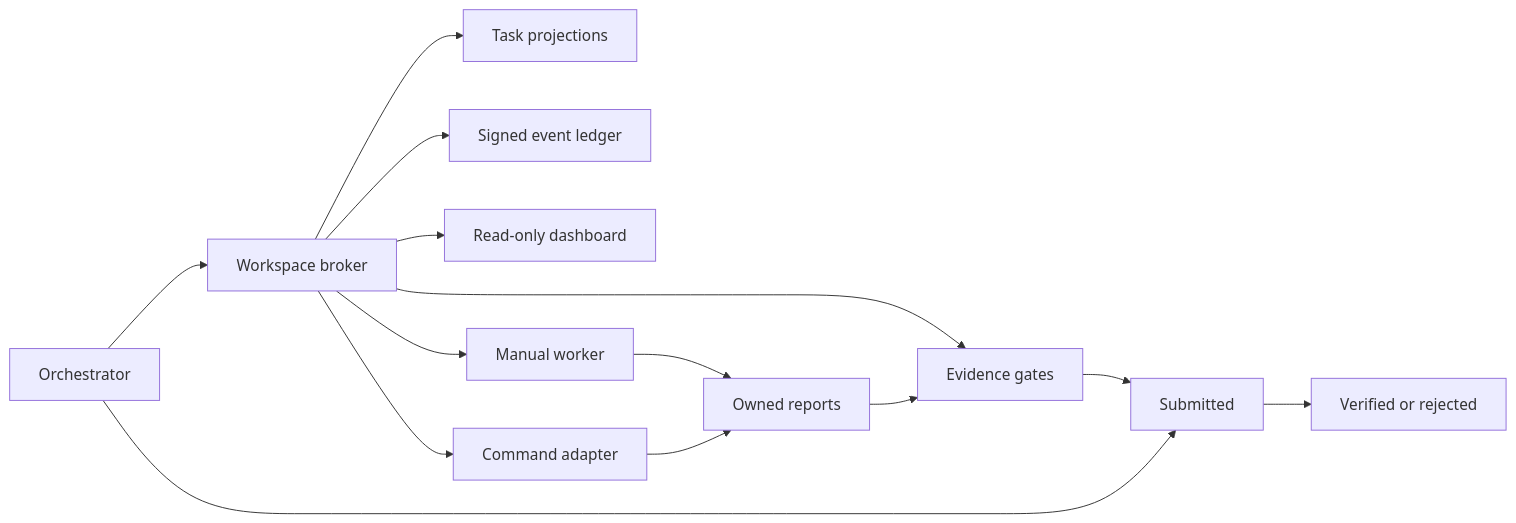
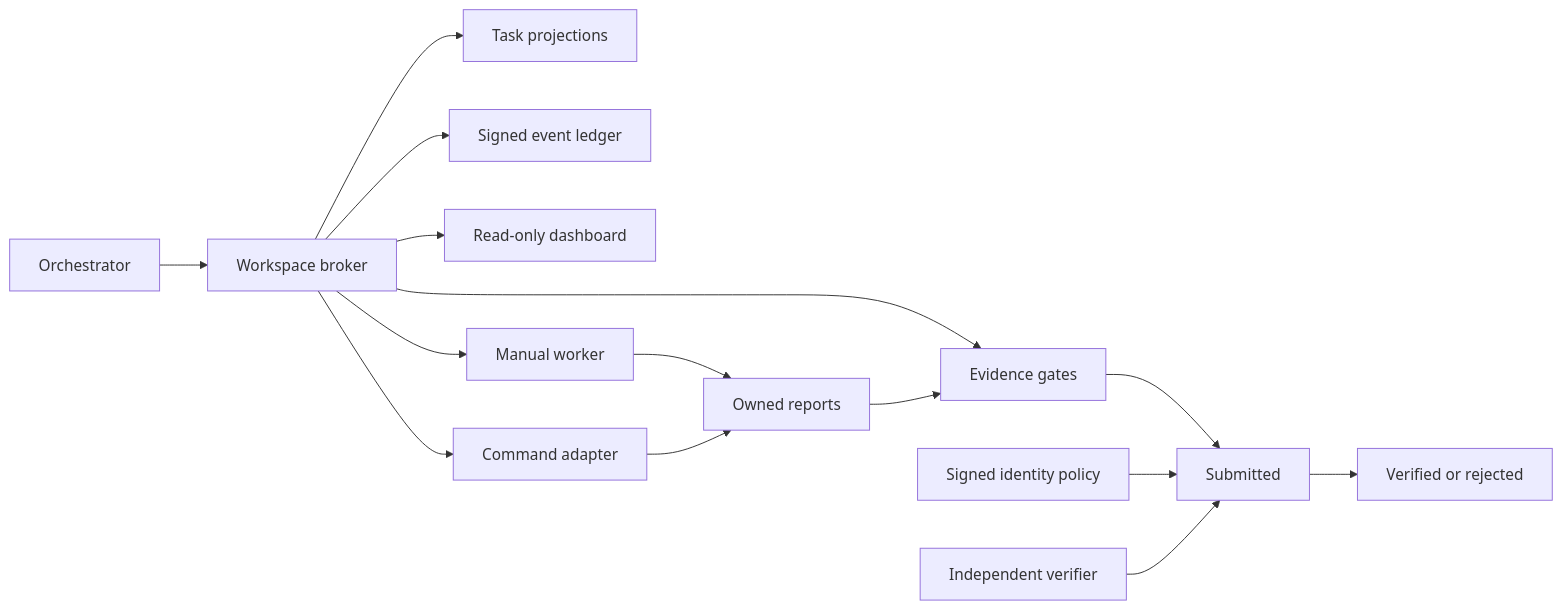
The diagram in docs/ARCHITECTURE.md (heosanghun/evidence-first-orchestrator), drawn with Mermaid before and after one commit. The commit also changed other lines of this file and 9 other files, not shown here.

Commit message:
feat: enforce independent verifier identities

````diff
--- a/docs/ARCHITECTURE.md
+++ b/docs/ARCHITECTURE.md
@@ -17,16 +19,17 @@
 ```mermaid
 flowchart LR
     O["Orchestrator"] --> B["Workspace broker"]
     B --> T["Task projections"]
     B --> L["Signed event ledger"]
     B --> G["Evidence gates"]
     B --> D["Read-only dashboard"]
     B --> A1["Manual worker"]
     B --> A2["Command adapter"]
     A1 --> R["Owned reports"]
     A2 --> R
     R --> G
     G --> V["Submitted"]
-    O --> V
+    I["Signed identity policy"] --> V
+    X["Independent verifier"] --> V
     V --> F["Verified or rejected"]
 ```
````
